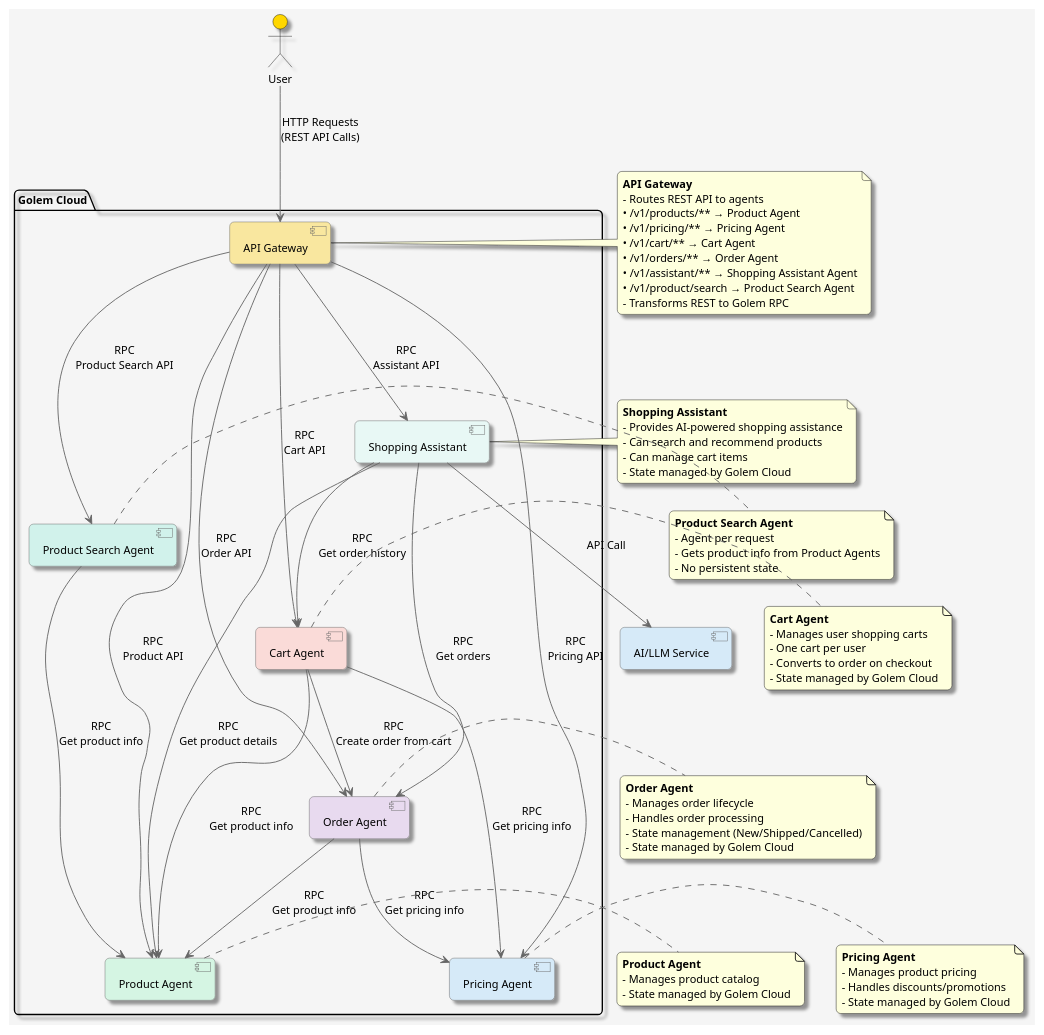
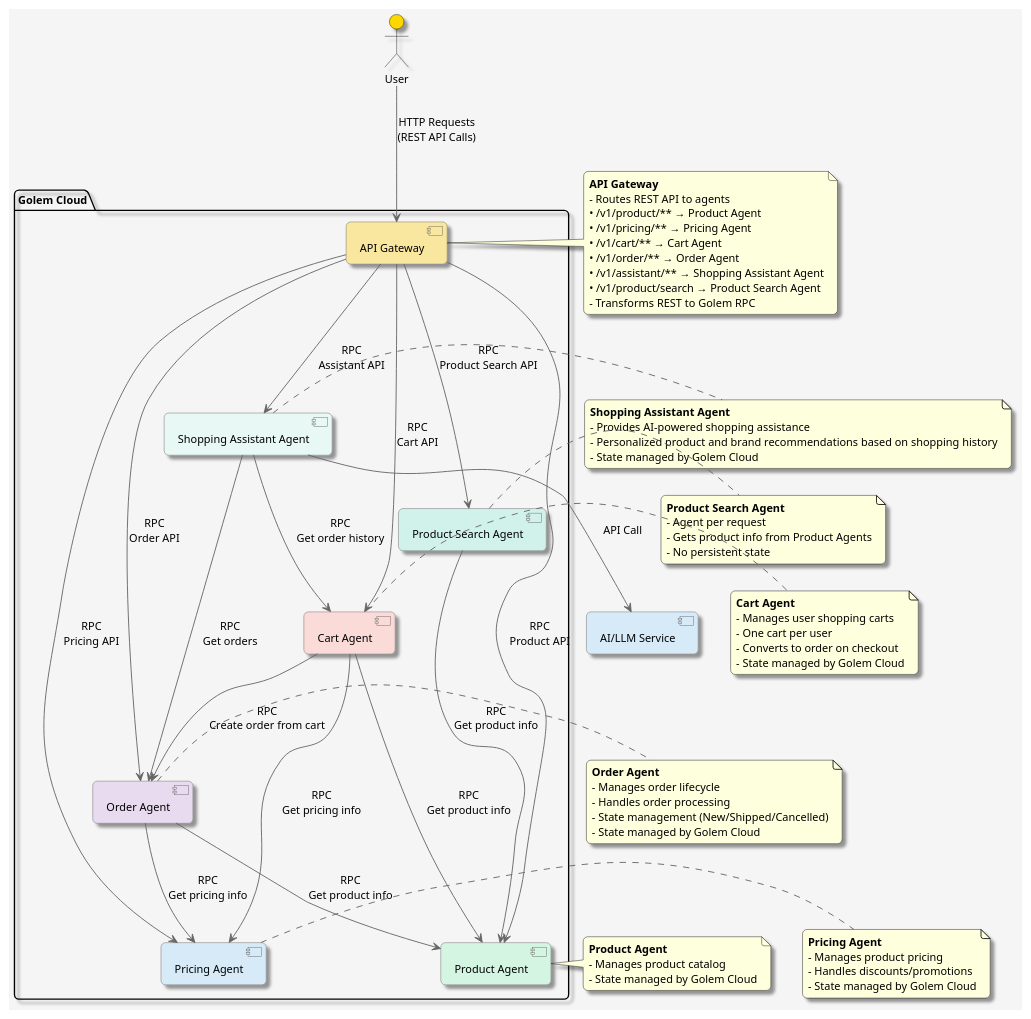
Before and after one commit to justcoon/golem-shopping-ts: the diagram in architecture.puml, drawn with PlantUML. The commit also changed 1 other file, not shown here.

```diff
--- a/architecture.puml
+++ b/architecture.puml
@@ -1,113 +1,111 @@
 @startuml Golem Shopping Architecture
 
 ' Define styles
 skinparam componentStyle uml2
 skinparam backgroundColor #F5F5F5
 skinparam defaultFontName Arial
 skinparam defaultFontSize 12
 skinparam roundcorner 10
 skinparam shadowing true
 skinparam ArrowColor #666666
 skinparam ComponentBackgroundColor #E8E8E8
 skinparam ComponentBorderColor #666666
 
 ' Define components
 actor "User" as user #FFD700
 
 package "Golem Cloud" {
     [API Gateway] as gateway #F9E79F
     [Product Agent] as product #D5F5E3
     [Pricing Agent] as pricing #D6EAF8
     [Cart Agent] as cart #FADBD8
     [Order Agent] as order #E8DAEF
     [Product Search Agent] as product_search #D1F2EB
-    [Shopping Assistant] as assistant #E8F8F5
+    [Shopping Assistant Agent] as assistant #E8F8F5
 }
 
 ' Define relationships
 user --> gateway : "HTTP Requests\n(REST API Calls)"
 
 gateway --> product : "RPC\nProduct API"
 gateway --> pricing : "RPC\nPricing API"
 gateway --> cart : "RPC\nCart API"
 gateway --> order : "RPC\nOrder API"
 gateway --> product_search : "RPC\nProduct Search API"
 gateway --> assistant : "RPC\nAssistant API"
 
 ' Agent-to-agent communication
 cart --> product : "RPC\nGet product info"
 cart --> pricing : "RPC\nGet pricing info"
 cart --> order : "RPC\nCreate order from cart"
 order --> product : "RPC\nGet product info"
 order --> pricing : "RPC\nGet pricing info"
 product_search --> product : "RPC\nGet product info"
 
 ' Shopping Assistant relationships
 assistant --> cart : "RPC\nGet order history"
 assistant --> order : "RPC\nGet orders"
-assistant --> product : "RPC\nGet product details"
 
 ' Add notes
 note right of gateway
   <b>API Gateway</b>
   - Routes REST API to agents
-  • /v1/products/** → Product Agent
+  • /v1/product/** → Product Agent
   • /v1/pricing/** → Pricing Agent
   • /v1/cart/** → Cart Agent
-  • /v1/orders/** → Order Agent
+  • /v1/order/** → Order Agent
   • /v1/assistant/** → Shopping Assistant Agent
   • /v1/product/search → Product Search Agent
   - Transforms REST to Golem RPC
 end note
 
 note right of product
   <b>Product Agent</b>
   - Manages product catalog
   - State managed by Golem Cloud
 end note
 
 note right of pricing
   <b>Pricing Agent</b>
   - Manages product pricing
   - Handles discounts/promotions
   - State managed by Golem Cloud
 end note
 
 note right of cart
   <b>Cart Agent</b>
   - Manages user shopping carts
   - One cart per user
   - Converts to order on checkout
   - State managed by Golem Cloud
 end note
 
 note right of order
   <b>Order Agent</b>
   - Manages order lifecycle
   - Handles order processing
   - State management (New/Shipped/Cancelled)
   - State managed by Golem Cloud
 end note
 
 note right of product_search
   <b>Product Search Agent</b>
   - Agent per request
   - Gets product info from Product Agents
   - No persistent state
 end note
 
 ' External Services
 [AI/LLM Service] as llm #D6EAF8
 
 ' Connect LLM to Shopping Assistant
 assistant --> llm : "API Call"
 
 note right of assistant
-  <b>Shopping Assistant</b>
+  <b>Shopping Assistant Agent</b>
   - Provides AI-powered shopping assistance
-  - Can search and recommend products
-  - Can manage cart items
+  - Personalized product and brand recommendations based on shopping history
   - State managed by Golem Cloud
 end note
 
 @enduml
```
